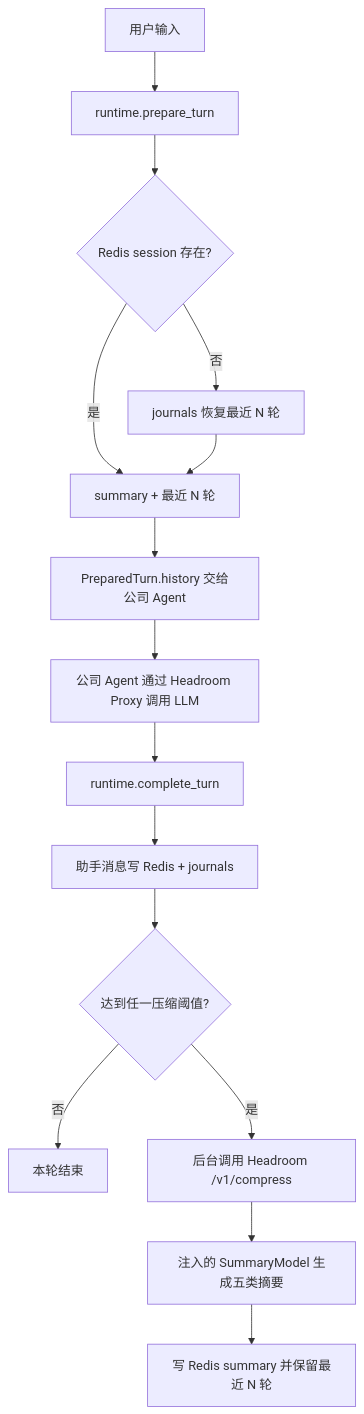
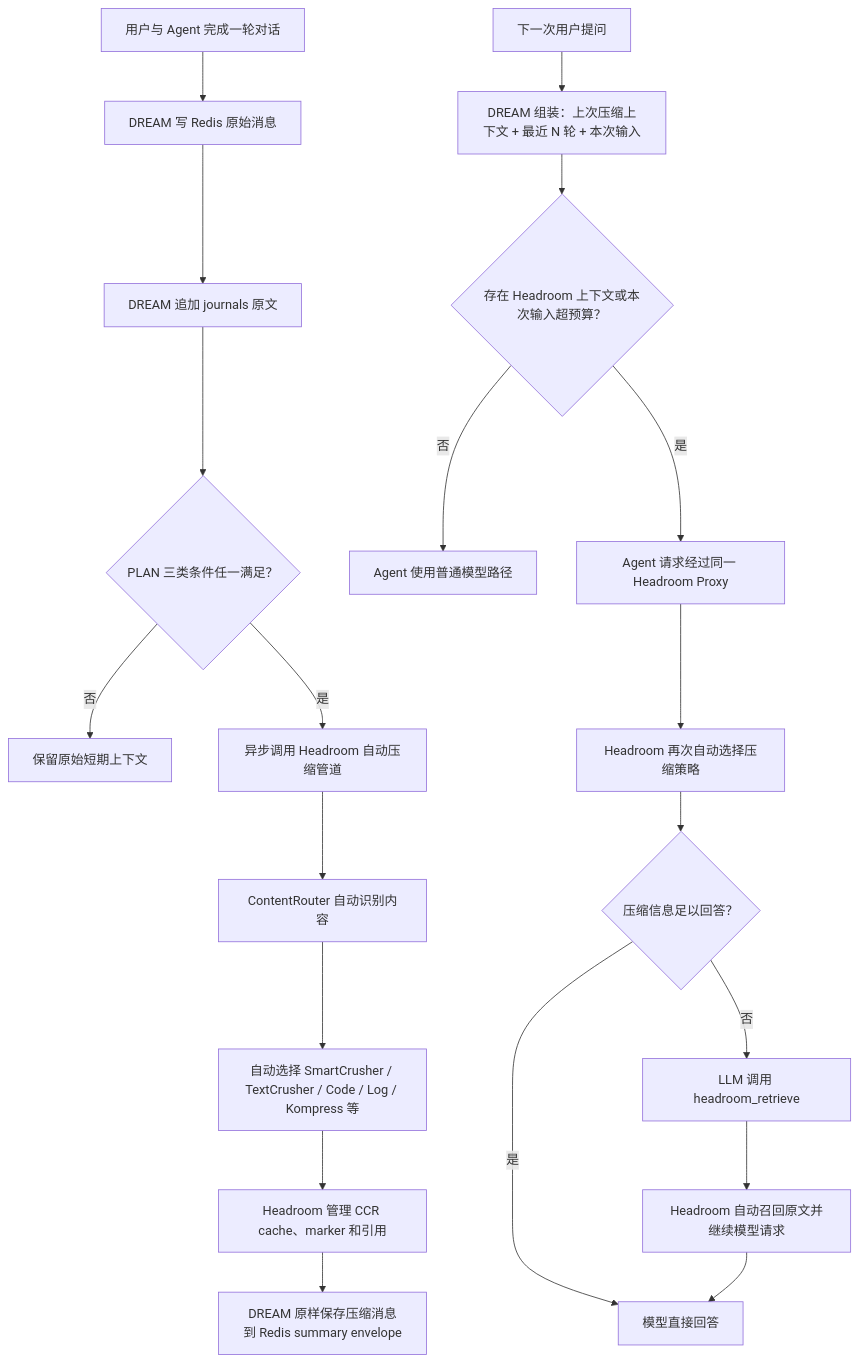
The diagram in README.md (ZCDu/AGFS-MEM), drawn with Mermaid before and after one commit. The commit also changed other lines of this file, not shown here.

````diff
--- a/README.md
+++ b/README.md
@@ -20,17 +27,23 @@
 ```mermaid
 flowchart TD
-    U["用户输入"] --> P["runtime.prepare_turn"]
-    P --> R{"Redis session 存在?"}
-    R -->|是| H["summary + 最近 N 轮"]
-    R -->|否| J["journals 恢复最近 N 轮"]
-    J --> H
-    H --> A["PreparedTurn.history 交给公司 Agent"]
-    A --> X["公司 Agent 通过 Headroom Proxy 调用 LLM"]
-    X --> C["runtime.complete_turn"]
-    C --> W["助手消息写 Redis + journals"]
-    W --> T{"达到任一压缩阈值?"}
-    T -->|否| E["本轮结束"]
-    T -->|是| Q["后台调用 Headroom /v1/compress"]
-    Q --> S["注入的 SummaryModel 生成五类摘要"]
-    S --> K["写 Redis summary 并保留最近 N 轮"]
+    A["用户与 Agent 完成一轮对话"] --> B["DREAM 写 Redis 原始消息"]
+    B --> C["DREAM 追加 journals 原文"]
+    C --> D{"PLAN 三类条件任一满足？"}
+    D -->|否| E["保留原始短期上下文"]
+    D -->|是| F["异步调用 Headroom 自动压缩管道"]
+    F --> G["ContentRouter 自动识别内容"]
+    G --> H["自动选择 SmartCrusher / TextCrusher / Code / Log / Kompress 等"]
+    H --> I["Headroom 管理 CCR cache、marker 和引用"]
+    I --> J["DREAM 原样保存压缩消息到 Redis summary envelope"]
+
+    K["下一次用户提问"] --> L["DREAM 组装：上次压缩上下文 + 最近 N 轮 + 本次输入"]
+    L --> M{"存在 Headroom 上下文或本次输入超预算？"}
+    M -->|否| N["Agent 使用普通模型路径"]
+    M -->|是| O["Agent 请求经过同一 Headroom Proxy"]
+    O --> P["Headroom 再次自动选择压缩策略"]
+    P --> Q{"压缩信息足以回答？"}
+    Q -->|是| R["模型直接回答"]
+    Q -->|否| S["LLM 调用 headroom_retrieve"]
+    S --> T["Headroom 自动召回原文并继续模型请求"]
+    T --> R
 ```
````
